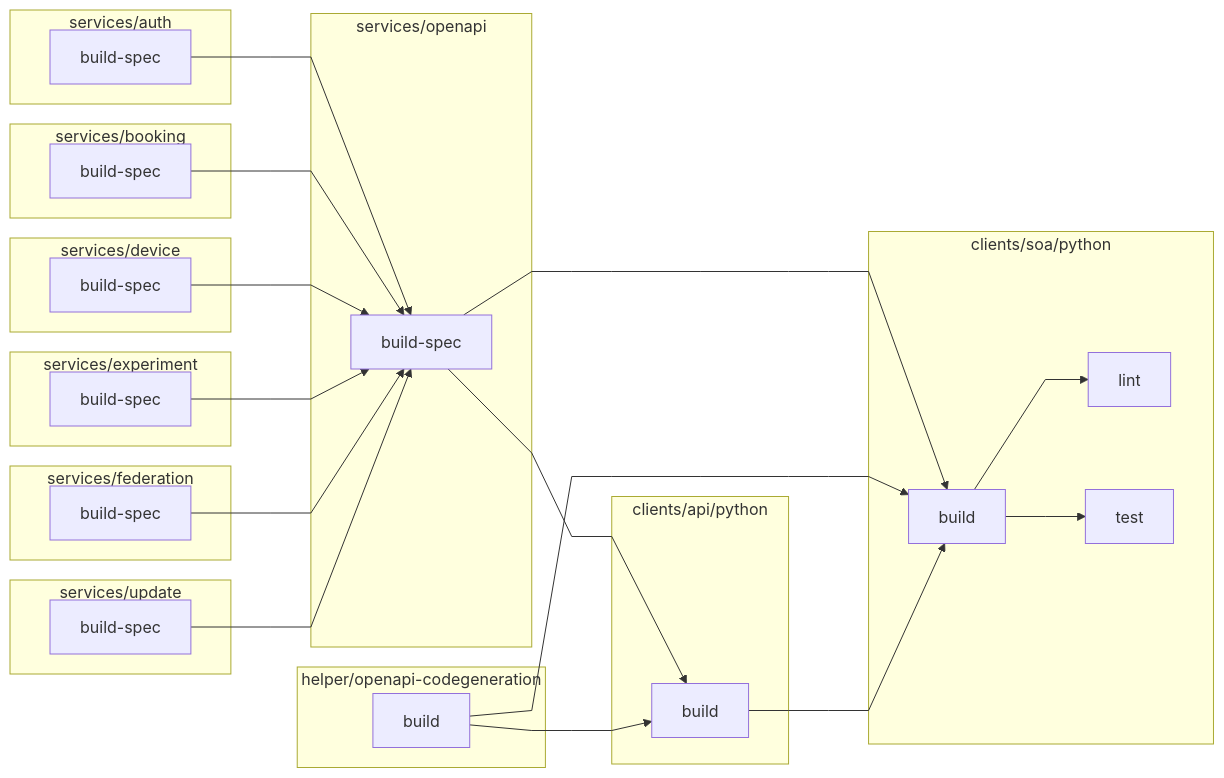
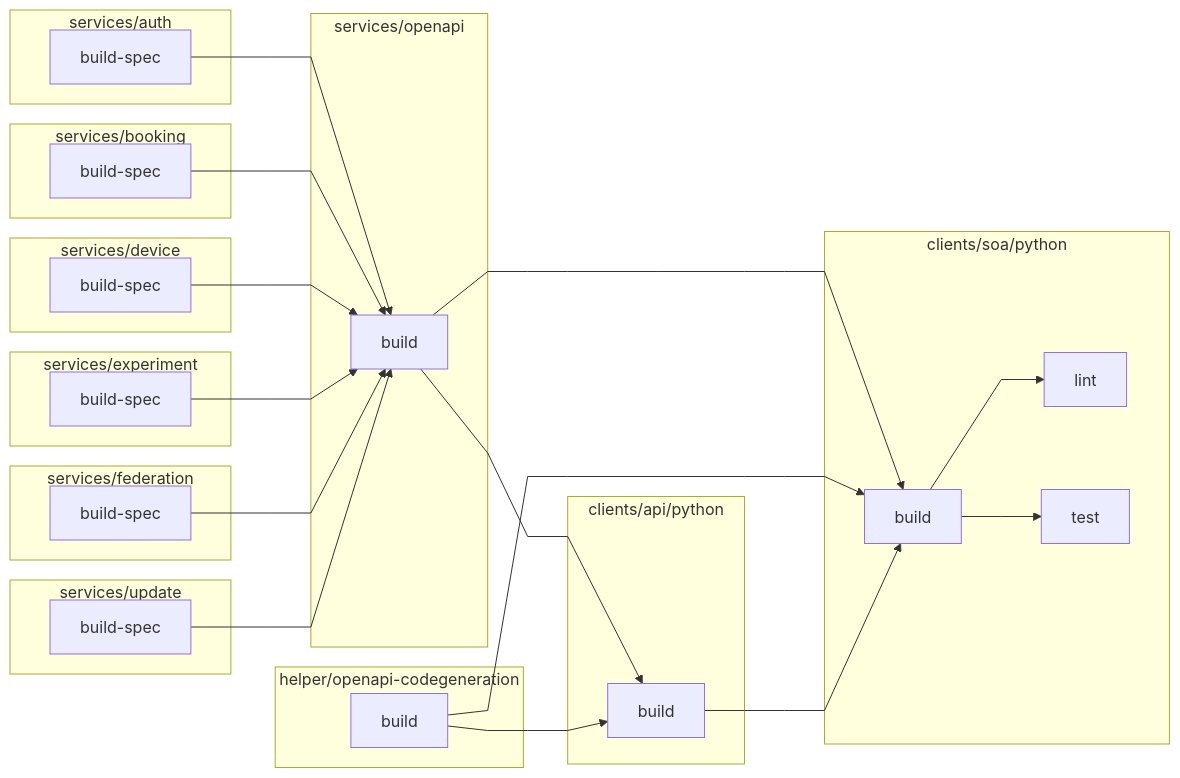
Before and after one commit to Cross-Lab-Project/crosslab: the diagram in clients/soa/python/README.md, drawn with Mermaid. The commit also changed 3 other files, not shown here.

````diff
--- a/clients/soa/python/README.md
+++ b/clients/soa/python/README.md
@@ -12,49 +12,49 @@
 ```mermaid
 graph LR
 %%{init:{'flowchart':{'nodeSpacing': 20, 'rankSpacing': 80, 'curve': 'linear', 'useMaxWidth': false}}}%%
   subgraph clients/api/python
     clients/api/python:build[build]
   end
   subgraph clients/soa/python
     clients/soa/python:build[build]
     clients/soa/python:lint[lint]
     clients/soa/python:test[test]
   end
   subgraph helper/openapi-codegeneration
     helper/openapi-codegeneration:build[build]
   end
   subgraph services/auth
     services/auth:build-spec[build-spec]
   end
   subgraph services/booking
     services/booking:build-spec[build-spec]
   end
   subgraph services/device
     services/device:build-spec[build-spec]
   end
   subgraph services/experiment
     services/experiment:build-spec[build-spec]
   end
   subgraph services/federation
     services/federation:build-spec[build-spec]
   end
   subgraph services/openapi
-    services/openapi:build-spec[build-spec]
+    services/openapi:build[build]
   end
   subgraph services/update
     services/update:build-spec[build-spec]
   end
-  services/openapi:build-spec[build-spec] --> clients/api/python:build[build]
+  services/openapi:build[build] --> clients/api/python:build[build]
   helper/openapi-codegeneration:build[build] --> clients/api/python:build[build]
-  services/openapi:build-spec[build-spec] --> clients/soa/python:build[build]
+  services/openapi:build[build] --> clients/soa/python:build[build]
   helper/openapi-codegeneration:build[build] --> clients/soa/python:build[build]
   clients/api/python:build[build] --> clients/soa/python:build[build]
   clients/soa/python:build[build] --> clients/soa/python:lint[lint]
   clients/soa/python:build[build] --> clients/soa/python:test[test]
-  services/auth:build-spec[build-spec] --> services/openapi:build-spec[build-spec]
-  services/booking:build-spec[build-spec] --> services/openapi:build-spec[build-spec]
-  services/device:build-spec[build-spec] --> services/openapi:build-spec[build-spec]
-  services/experiment:build-spec[build-spec] --> services/openapi:build-spec[build-spec]
-  services/federation:build-spec[build-spec] --> services/openapi:build-spec[build-spec]
-  services/update:build-spec[build-spec] --> services/openapi:build-spec[build-spec]
+  services/auth:build-spec[build-spec] --> services/openapi:build[build]
+  services/booking:build-spec[build-spec] --> services/openapi:build[build]
+  services/device:build-spec[build-spec] --> services/openapi:build[build]
+  services/experiment:build-spec[build-spec] --> services/openapi:build[build]
+  services/federation:build-spec[build-spec] --> services/openapi:build[build]
+  services/update:build-spec[build-spec] --> services/openapi:build[build]
 ```
````
